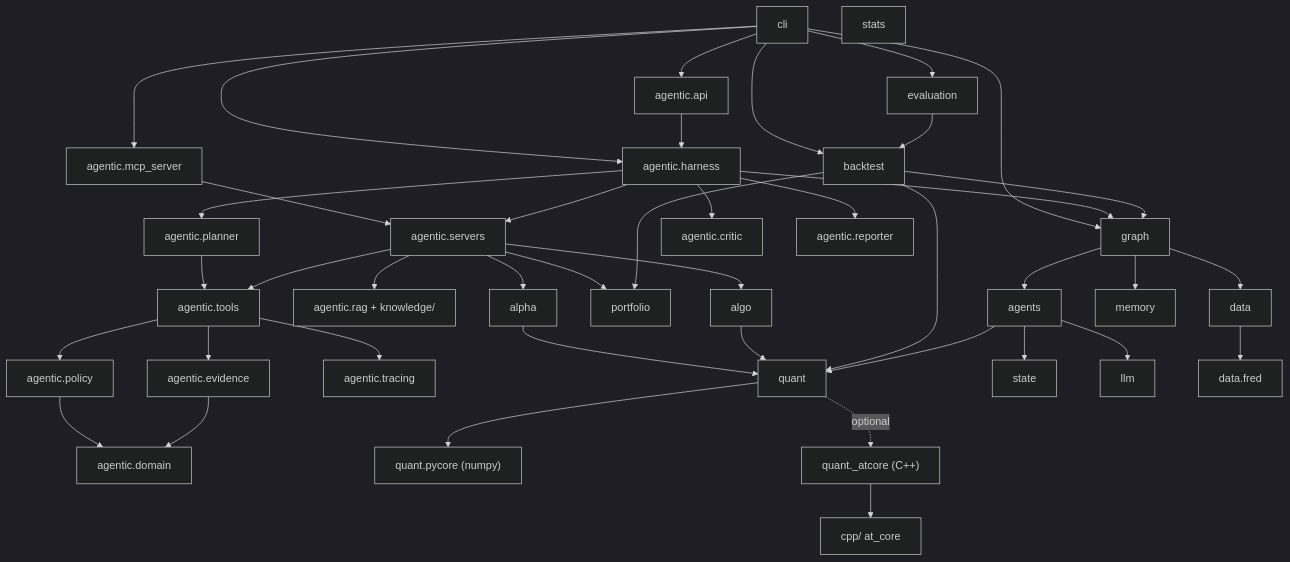
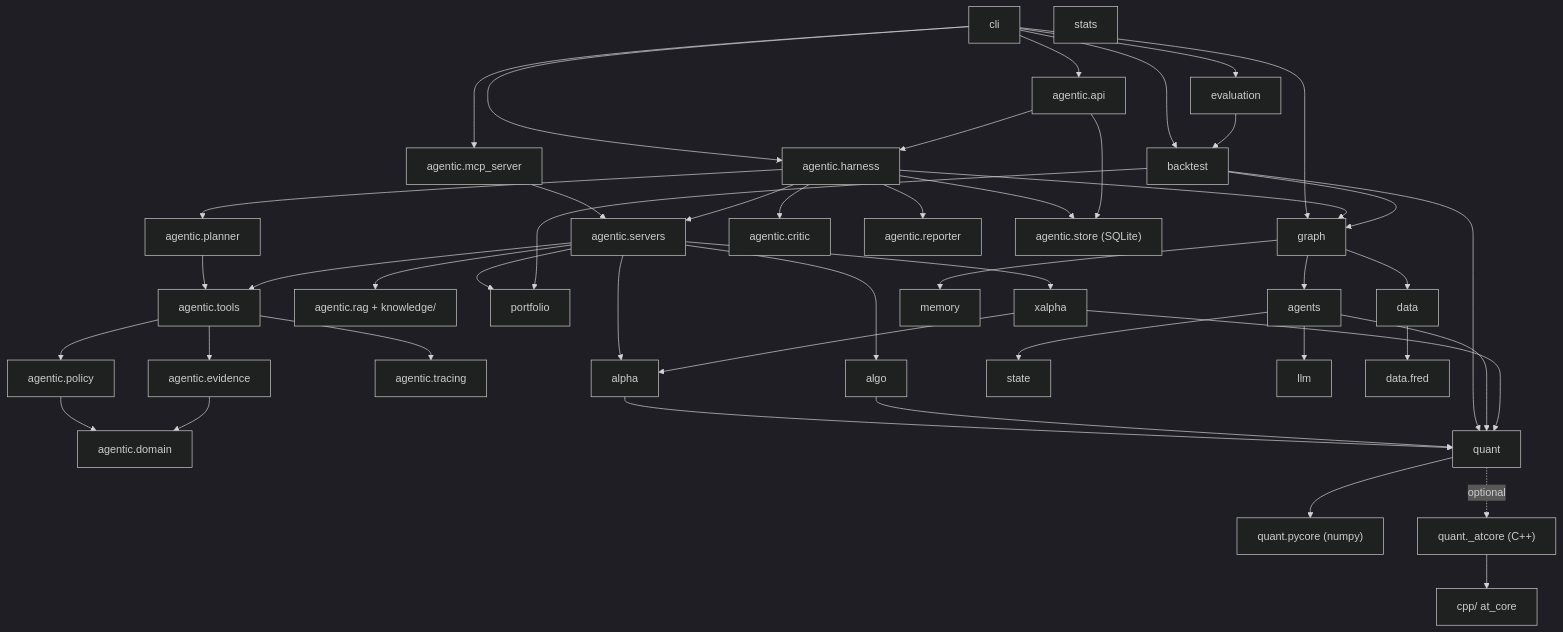
One commit to AshJha0/agentic-trader changed diagram 24 of 27 in docs/DIAGRAMS.md. Above: the diagram before and after it, drawn with Mermaid (dark theme). The commit also changed other lines of this file and 43 other files, not shown here.

````diff
--- a/docs/DIAGRAMS.md
+++ b/docs/DIAGRAMS.md
@@ -651,34 +661,39 @@
 ```mermaid
 flowchart TD
     CLI[cli] --> GR[graph]
     CLI --> BT[backtest]
     CLI --> EV[evaluation]
     CLI --> AGH["agentic.harness"]
     CLI --> API["agentic.api"]
     CLI --> MCPS["agentic.mcp_server"]
     API --> AGH
     MCPS --> SRV["agentic.servers"]
     AGH --> PLN["agentic.planner"] --> TLS["agentic.tools"]
     AGH --> SRV --> TLS
     AGH --> CRT["agentic.critic"]
     AGH --> RPT["agentic.reporter"]
     TLS --> POL["agentic.policy"] --> DOM["agentic.domain"]
     TLS --> EVS["agentic.evidence"] --> DOM
     TLS --> TRC["agentic.tracing"]
     SRV --> RAG["agentic.rag + knowledge/"]
     SRV --> ALPHA[alpha] --> Q[quant]
     SRV --> PORT[portfolio]
     SRV --> ALGO[algo] --> Q
     AGH --> GR
     EV --> BT --> GR
     BT --> PORT
     BT --> Q
     GR --> AG[agents] --> Q
     AG --> ST[state]
     AG --> LL[llm]
     GR --> DA[data] --> FR["data.fred"]
     GR --> ME[memory]
     STATS[stats]
+    XA[xalpha] --> ALPHA
+    XA --> Q
+    SRV --> XA
+    AGH --> STO["agentic.store (SQLite)"]
+    API --> STO
     Q --> PYC["quant.pycore (numpy)"]
     Q -. optional .-> ATC["quant._atcore (C++)"] --> CORE["cpp/ at_core"]
 ```
````
